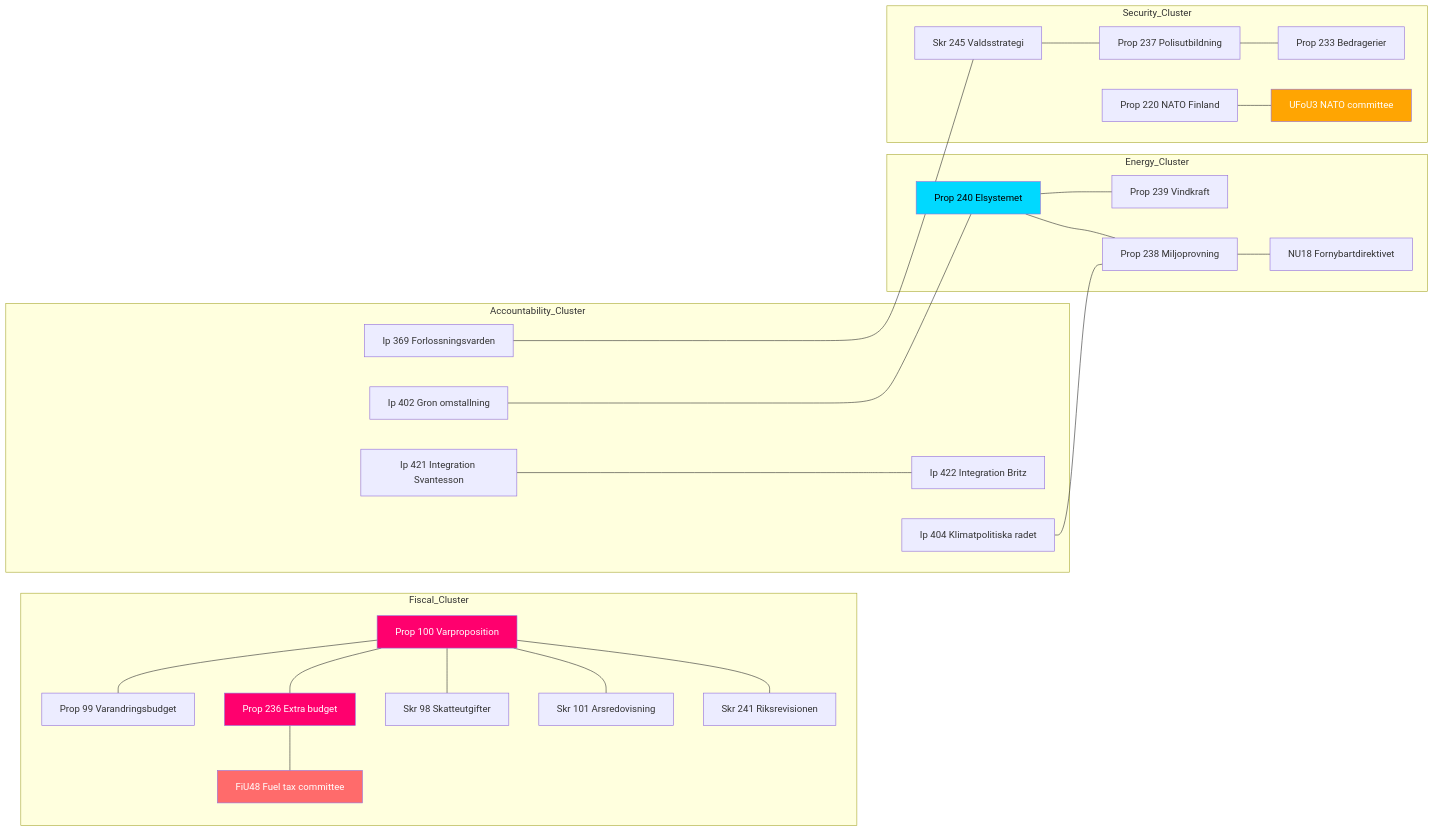
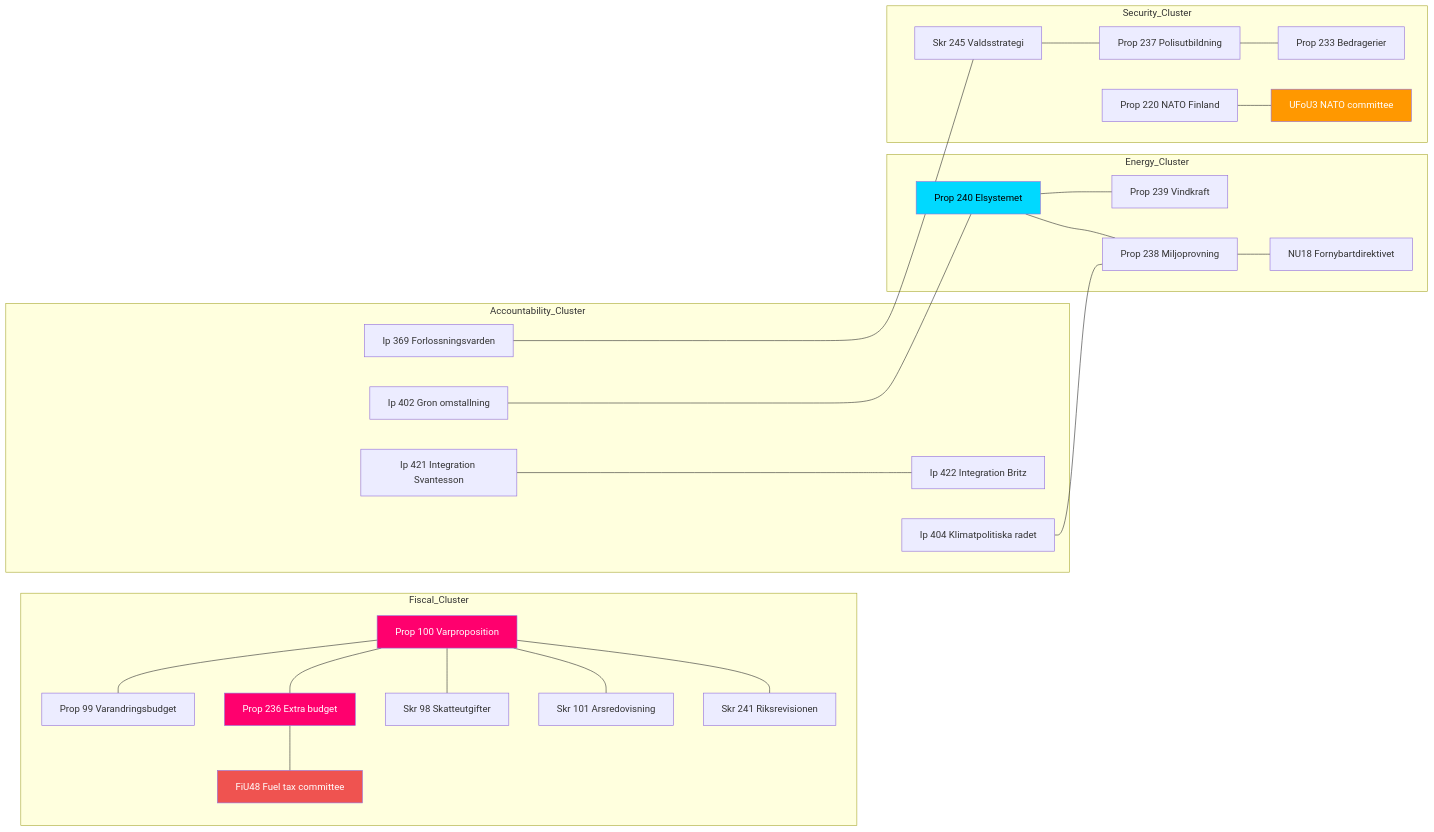
One commit to Hack23/riksdagsmonitor changed the diagram in analysis/daily/2026-04-14/evening-analysis-2/cross-reference-map.md. Above: the diagram before and after it, drawn with Mermaid. The commit also changed 785 other files, not shown here.

First line of the commit message:
Normalize mermaid colors across 786 analysis artifacts to ISMS Style Guide palette

````diff
--- a/analysis/daily/2026-04-14/evening-analysis-2/cross-reference-map.md
+++ b/analysis/daily/2026-04-14/evening-analysis-2/cross-reference-map.md
@@ -8,33 +8,33 @@
 ```mermaid
 graph LR
     subgraph Fiscal_Cluster
         P100[Prop 100 Varproposition] --- P99[Prop 99 Varandringsbudget]
         P100 --- P236[Prop 236 Extra budget]
         P236 --- FIU48[FiU48 Fuel tax committee]
         P100 --- S98[Skr 98 Skatteutgifter]
         P100 --- S101[Skr 101 Arsredovisning]
         P100 --- S241[Skr 241 Riksrevisionen]
     end
     subgraph Energy_Cluster
         P240[Prop 240 Elsystemet] --- P239[Prop 239 Vindkraft]
         P240 --- P238[Prop 238 Miljoprovning]
         P238 --- NU18[NU18 Fornybartdirektivet]
     end
     subgraph Security_Cluster
         P237[Prop 237 Polisutbildning] --- P233[Prop 233 Bedragerier]
         S245[Skr 245 Valdsstrategi] --- P237
         P220[Prop 220 NATO Finland] --- UFOU3[UFoU3 NATO committee]
     end
     subgraph Accountability_Cluster
         IP421[Ip 421 Integration Svantesson] --- IP422[Ip 422 Integration Britz]
         IP404[Ip 404 Klimatpolitiska radet] --- P238
         IP369[Ip 369 Forlossningsvarden] --- S245
         IP402[Ip 402 Gron omstallning] --- P240
     end
 
-    style P100 fill:#ff006e,color:#fff
-    style P236 fill:#ff006e,color:#fff
-    style FIU48 fill:#ff6b6b,color:#fff
-    style P240 fill:#00d9ff,color:#000
-    style UFOU3 fill:#ffa502,color:#fff
+    style P100 fill:#ff006e,color:#FFFFFF
+    style P236 fill:#ff006e,color:#FFFFFF
+    style FIU48 fill:#EF5350,color:#FFFFFF
+    style P240 fill:#00d9ff,color:#000000
+    style UFOU3 fill:#FF9800,color:#FFFFFF
 ```
````
